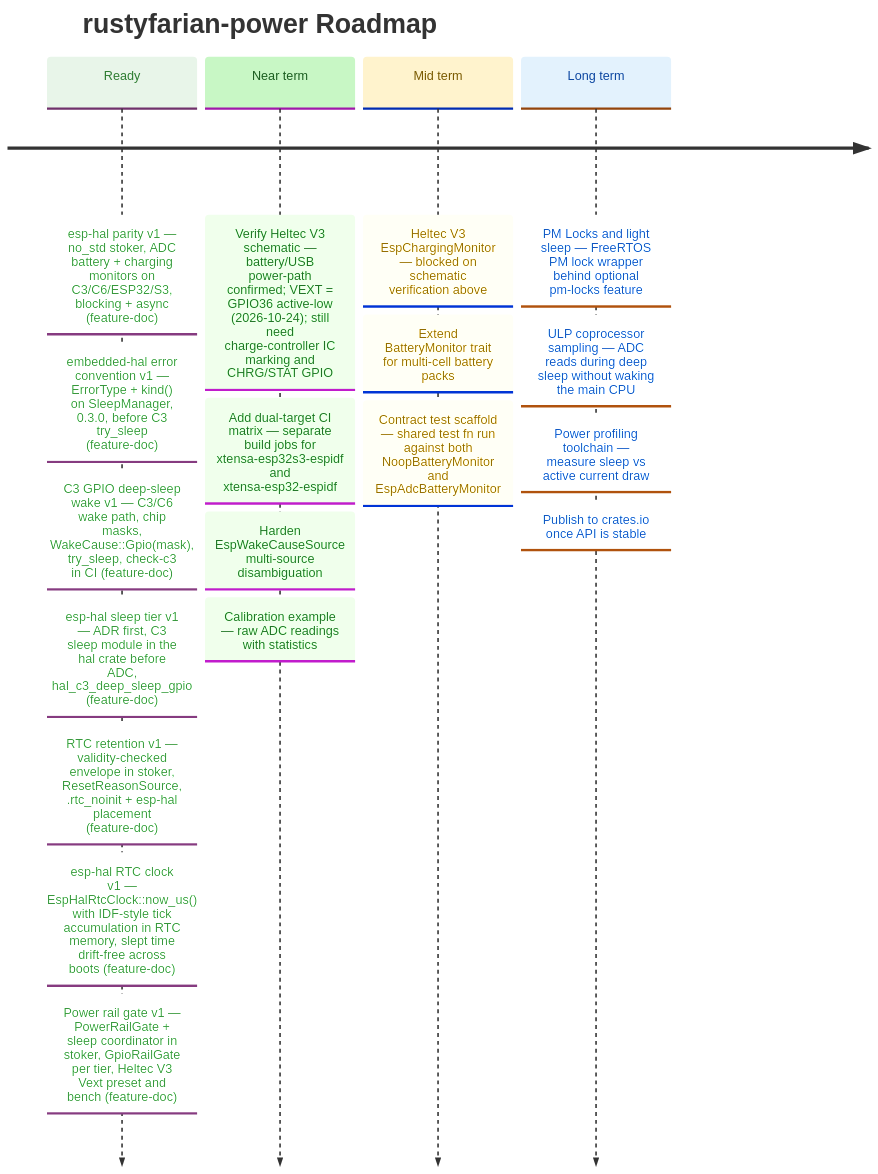
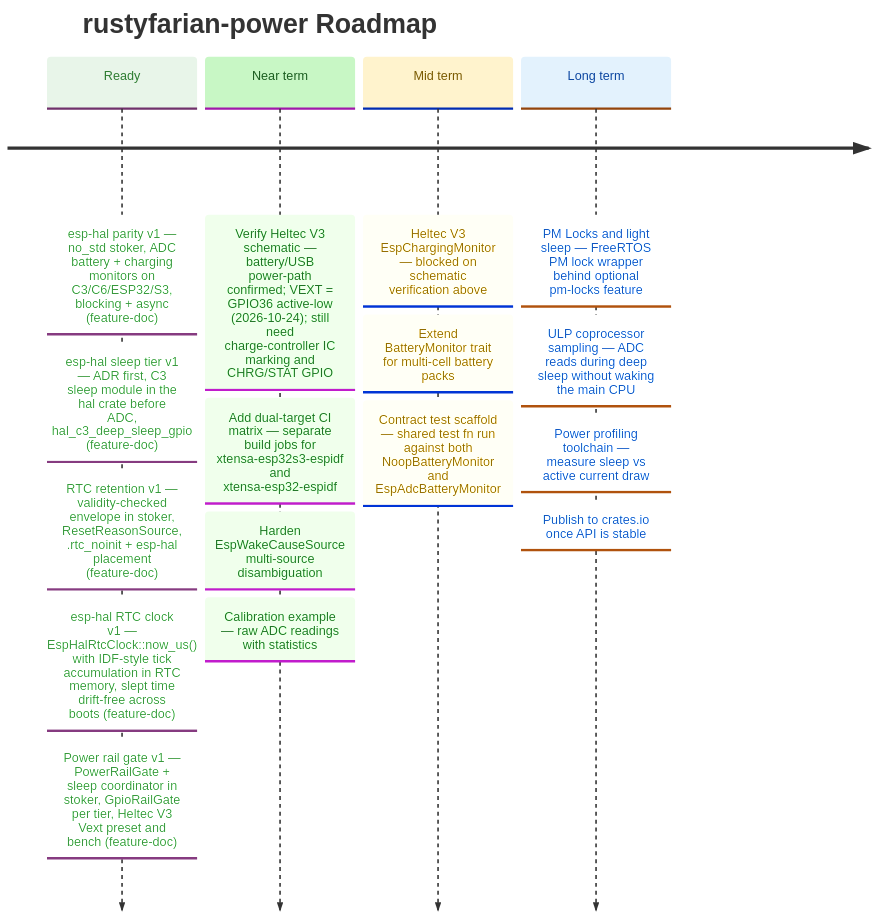
Before and after one commit to datenkollektiv/rustyfarian-power: the diagram in docs/ROADMAP.md, drawn with Mermaid. The commit also changed 6 other files, not shown here.

Commit message:
Close error-convention and C3 GPIO wake feature docs

````diff
--- a/docs/ROADMAP.md
+++ b/docs/ROADMAP.md
@@ -12,40 +12,38 @@
 ```mermaid
 %%{init: {
   "theme": "base",
   "themeVariables": {
     "cScale0": "#e8f5e9",
     "cScaleLabel0": "#2e7d32",
     "cScale1": "#c8f7c5",
     "cScaleLabel1": "#1b5e20",
     "cScale2": "#fff3cd",
     "cScaleLabel2": "#7a5a00",
     "cScale3": "#e3f2fd",
     "cScaleLabel3": "#0d47a1"
   }
 }}%%
 
 timeline
     title rustyfarian-power Roadmap
 
     Ready     : esp-hal parity v1 — no_std stoker, ADC battery + charging monitors on C3/C6/ESP32/S3, blocking + async (feature-doc)
-              : embedded-hal error convention v1 — ErrorType + kind() on SleepManager, 0.3.0, before C3 try_sleep (feature-doc)
-              : C3 GPIO deep-sleep wake v1 — C3/C6 wake path, chip masks, WakeCause::Gpio(mask), try_sleep, check-c3 in CI (feature-doc)
               : esp-hal sleep tier v1 — ADR first, C3 sleep module in the hal crate before ADC, hal_c3_deep_sleep_gpio (feature-doc)
               : RTC retention v1 — validity-checked envelope in stoker, ResetReasonSource, .rtc_noinit + esp-hal placement (feature-doc)
               : esp-hal RTC clock v1 — EspHalRtcClock::now_us() with IDF-style tick accumulation in RTC memory, slept time drift-free across boots (feature-doc)
               : Power rail gate v1 — PowerRailGate + sleep coordinator in stoker, GpioRailGate per tier, Heltec V3 Vext preset and bench (feature-doc)
 
     Near term : Verify Heltec V3 schematic — battery/USB power-path confirmed; VEXT = GPIO36 active-low (2026-10-24); still need charge-controller IC marking and CHRG/STAT GPIO
               : Add dual-target CI matrix — separate build jobs for xtensa-esp32s3-espidf and xtensa-esp32-espidf
               : Harden EspWakeCauseSource multi-source disambiguation
               : Calibration example — raw ADC readings with statistics
 
     Mid term  : Heltec V3 EspChargingMonitor — blocked on schematic verification above
               : Extend BatteryMonitor trait for multi-cell battery packs
               : Contract test scaffold — shared test fn run against both NoopBatteryMonitor and EspAdcBatteryMonitor
 
     Long term : PM Locks and light sleep — FreeRTOS PM lock wrapper behind optional pm-locks feature
               : ULP coprocessor sampling — ADC reads during deep sleep without waking the main CPU
               : Power profiling toolchain — measure sleep vs active current draw
               : Publish to crates.io once API is stable
 ```
````
